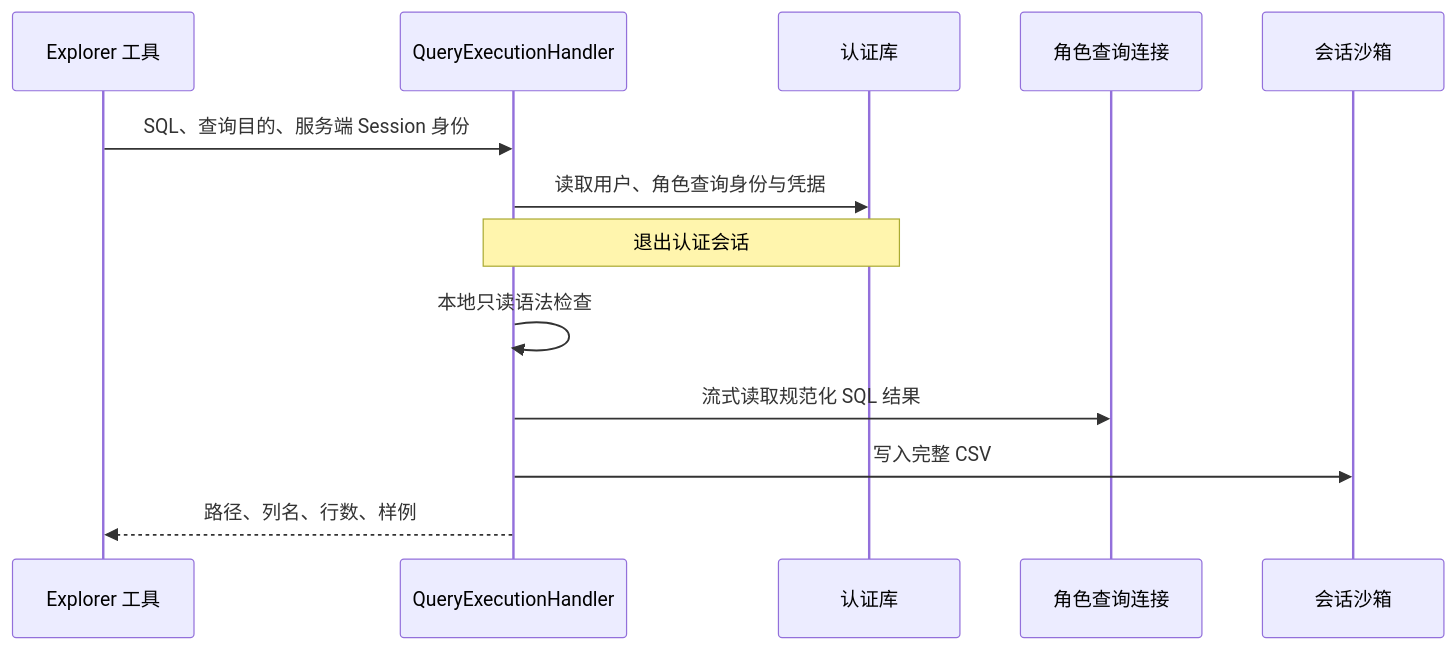
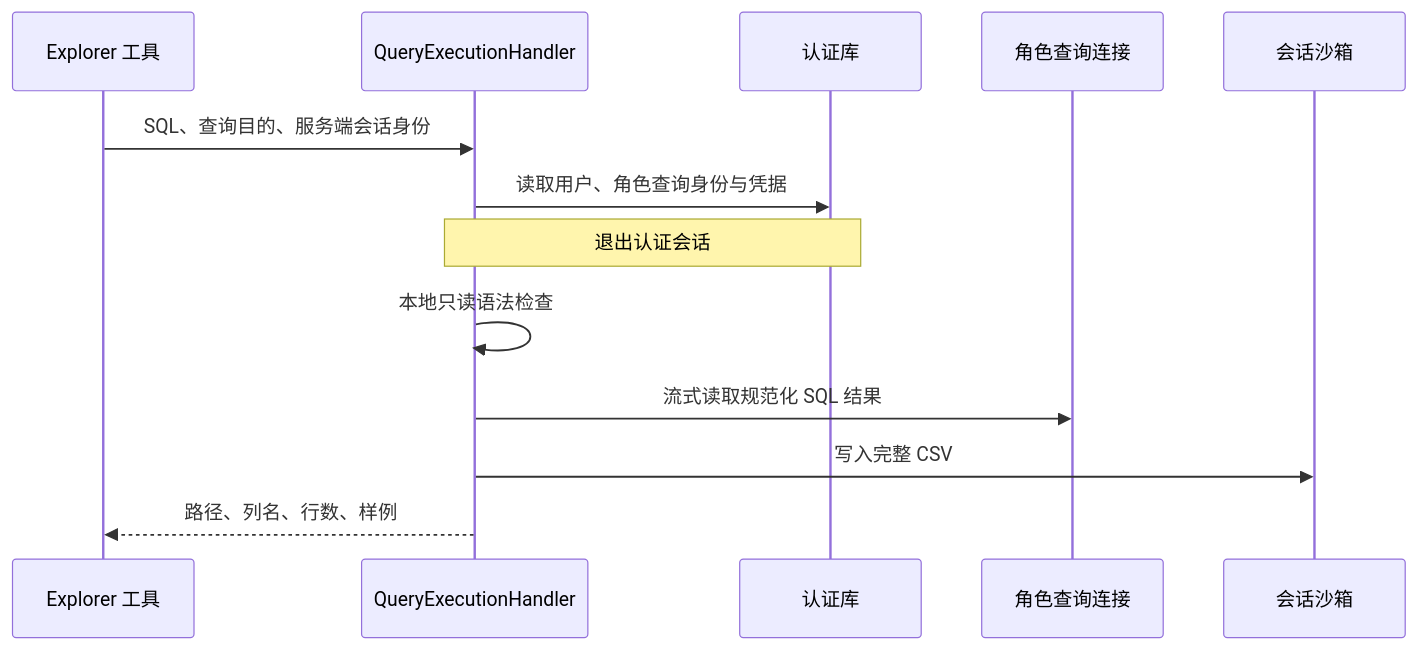
Before and after one commit to 2739673455/dataagent: the diagram in docs/05_安全查询与结果交付.md, drawn with Mermaid. The commit also changed other lines of this file and 105 other files, not shown here.

````diff
--- a/docs/05_安全查询与结果交付.md
+++ b/docs/05_安全查询与结果交付.md
@@ -19,15 +19,15 @@
 ```mermaid
 sequenceDiagram
     participant Tool as Explorer 工具
     participant Handler as QueryExecutionHandler
     participant Auth as 认证库
     participant Doris as 角色查询连接
     participant Files as 会话沙箱
-    Tool->>Handler: SQL、查询目的、服务端 Session 身份
+    Tool->>Handler: SQL、查询目的、服务端会话身份
     Handler->>Auth: 读取用户、角色查询身份与凭据
     Note over Handler,Auth: 退出认证会话
     Handler->>Handler: 本地只读语法检查
     Handler->>Doris: 流式读取规范化 SQL 结果
     Handler->>Files: 写入完整 CSV
     Handler-->>Tool: 路径、列名、行数、样例
 ```
````
